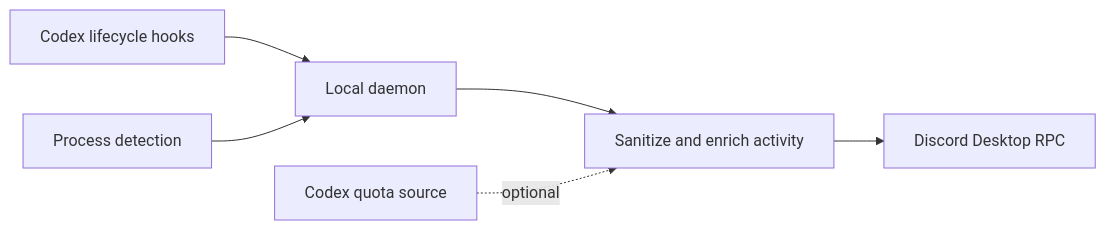
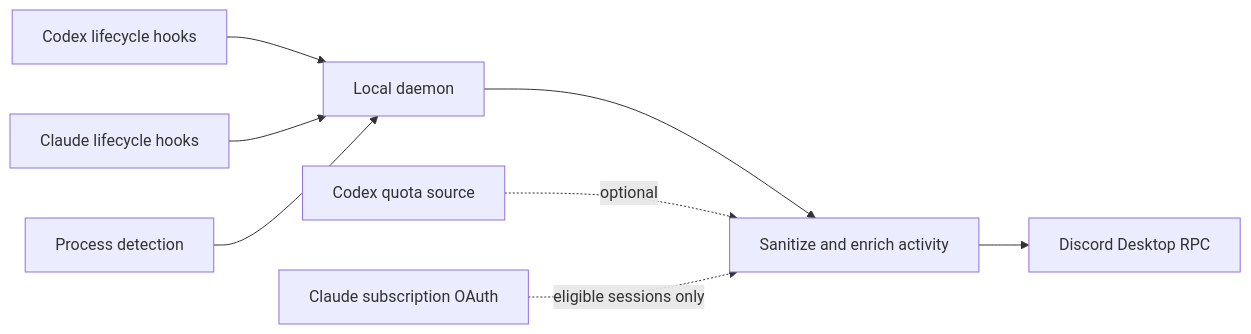
One commit to howznguyen/discord-coding-status changed the diagram in README.md. Above: the diagram before and after it, drawn with Mermaid. The commit also changed other lines of this file and 10 other files, not shown here.

First line of the commit message:
feat(claude): add native quota and hooks

````diff
--- a/README.md
+++ b/README.md
@@ -45,8 +45,10 @@
 ```mermaid
 flowchart LR
     H["Codex lifecycle hooks"] --> D["Local daemon"]
+    C["Claude lifecycle hooks"] --> D
     P["Process detection"] --> D
     D --> S["Sanitize and enrich activity"]
     Q["Codex quota source"] -. optional .-> S
+    CQ["Claude subscription OAuth"] -. eligible sessions only .-> S
     S --> R["Discord Desktop RPC"]
 ```
````
